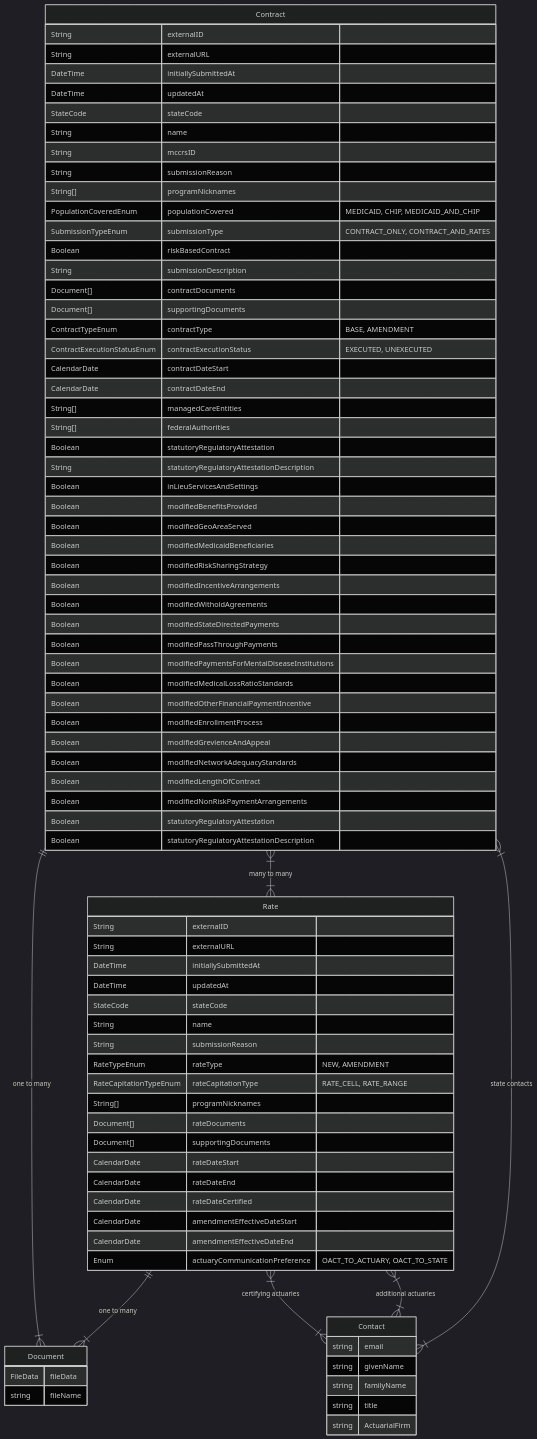
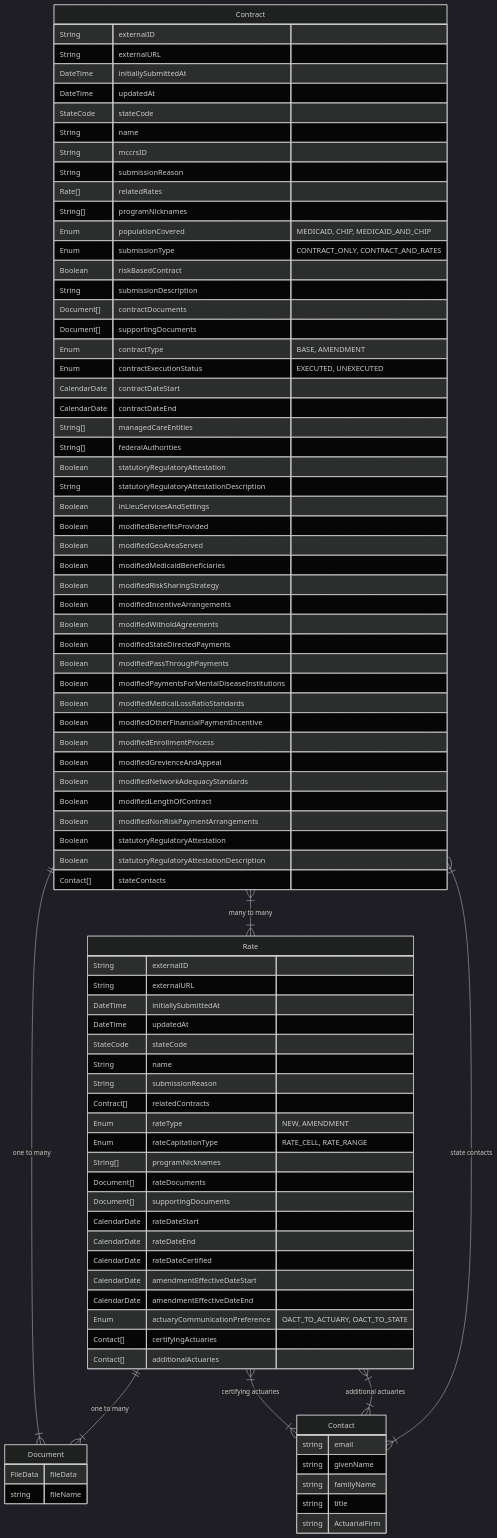
Before and after one commit to Enterprise-CMCS/managed-care-review: the diagram in docs/contract-rate-non-revision-design.md, drawn with Mermaid (dark theme).

Commit message:
add relationships

```diff
--- a/docs/contract-rate-non-revision-design.md
+++ b/docs/contract-rate-non-revision-design.md
@@ -14,16 +14,17 @@
     String name
     String mccrsID
     String submissionReason
+    Rate[] relatedRates
 
     String[] programNicknames
-    PopulationCoveredEnum populationCovered "MEDICAID, CHIP, MEDICAID_AND_CHIP" 
-    SubmissionTypeEnum submissionType "CONTRACT_ONLY, CONTRACT_AND_RATES"
+    Enum populationCovered "MEDICAID, CHIP, MEDICAID_AND_CHIP" 
+    Enum submissionType "CONTRACT_ONLY, CONTRACT_AND_RATES"
     Boolean riskBasedContract
     String submissionDescription
     Document[] contractDocuments
     Document[] supportingDocuments
-    ContractTypeEnum contractType "BASE, AMENDMENT"
-    ContractExecutionStatusEnum contractExecutionStatus "EXECUTED, UNEXECUTED"
+    Enum contractType "BASE, AMENDMENT"
+    Enum contractExecutionStatus "EXECUTED, UNEXECUTED"
     CalendarDate contractDateStart
     CalendarDate contractDateEnd
     String[] managedCareEntities
@@ -51,6 +52,7 @@
     Boolean statutoryRegulatoryAttestation
     Boolean statutoryRegulatoryAttestationDescription
     
+    Contact[] stateContacts
 }
 
 Rate {
@@ -61,9 +63,10 @@
     StateCode stateCode
     String name
     String submissionReason
+    Contract[] relatedContracts
     
-    RateTypeEnum rateType "NEW, AMENDMENT"
-    RateCapitationTypeEnum rateCapitationType "RATE_CELL, RATE_RANGE"
+    Enum rateType "NEW, AMENDMENT"
+    Enum rateCapitationType "RATE_CELL, RATE_RANGE"
 
     String[] programNicknames
     Document[] rateDocuments
@@ -76,6 +79,9 @@
     CalendarDate amendmentEffectiveDateEnd
 
     Enum actuaryCommunicationPreference "OACT_TO_ACTUARY, OACT_TO_STATE"
+
+    Contact[] certifyingActuaries
+    Contact[] additionalActuaries
 }
 
 Document {
```
